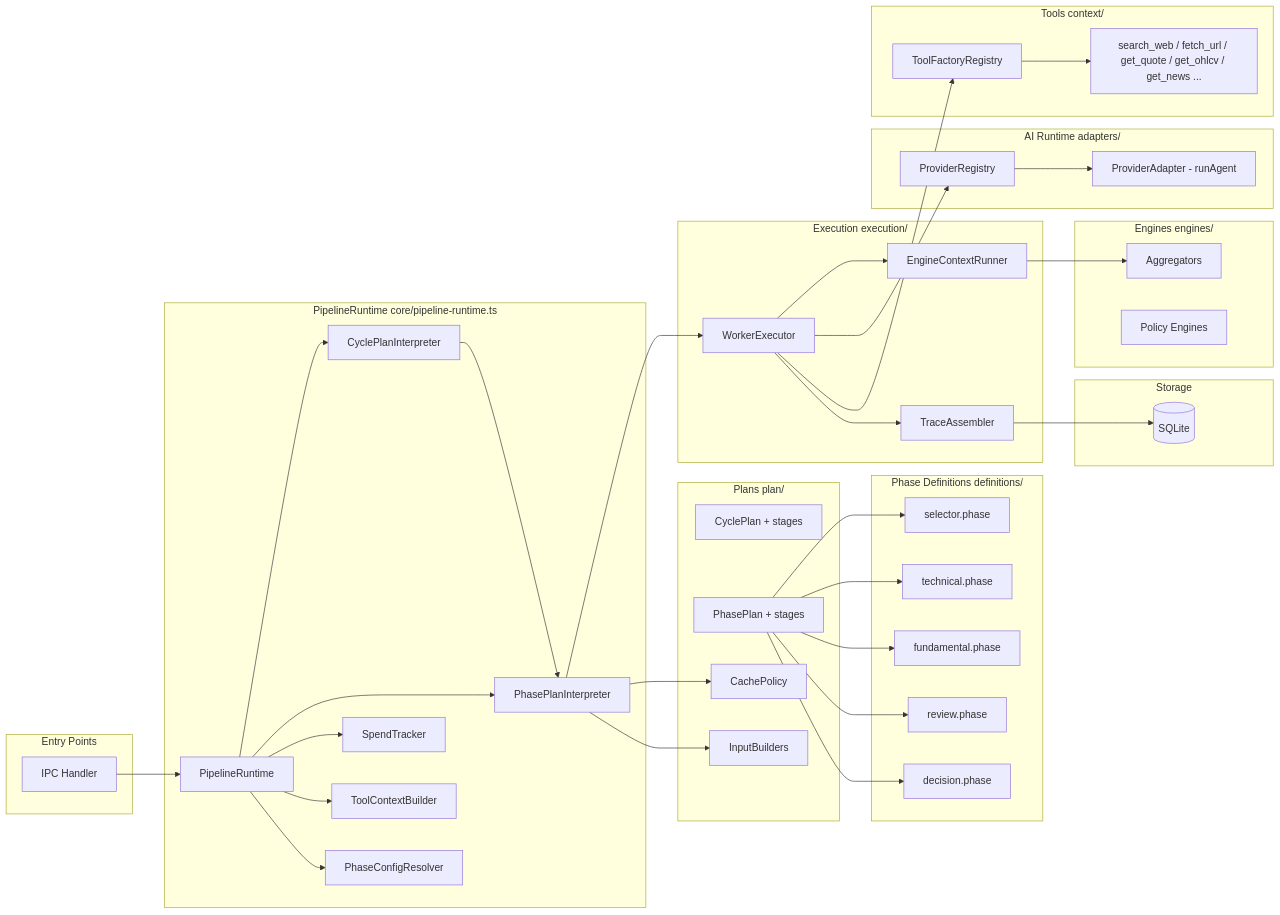
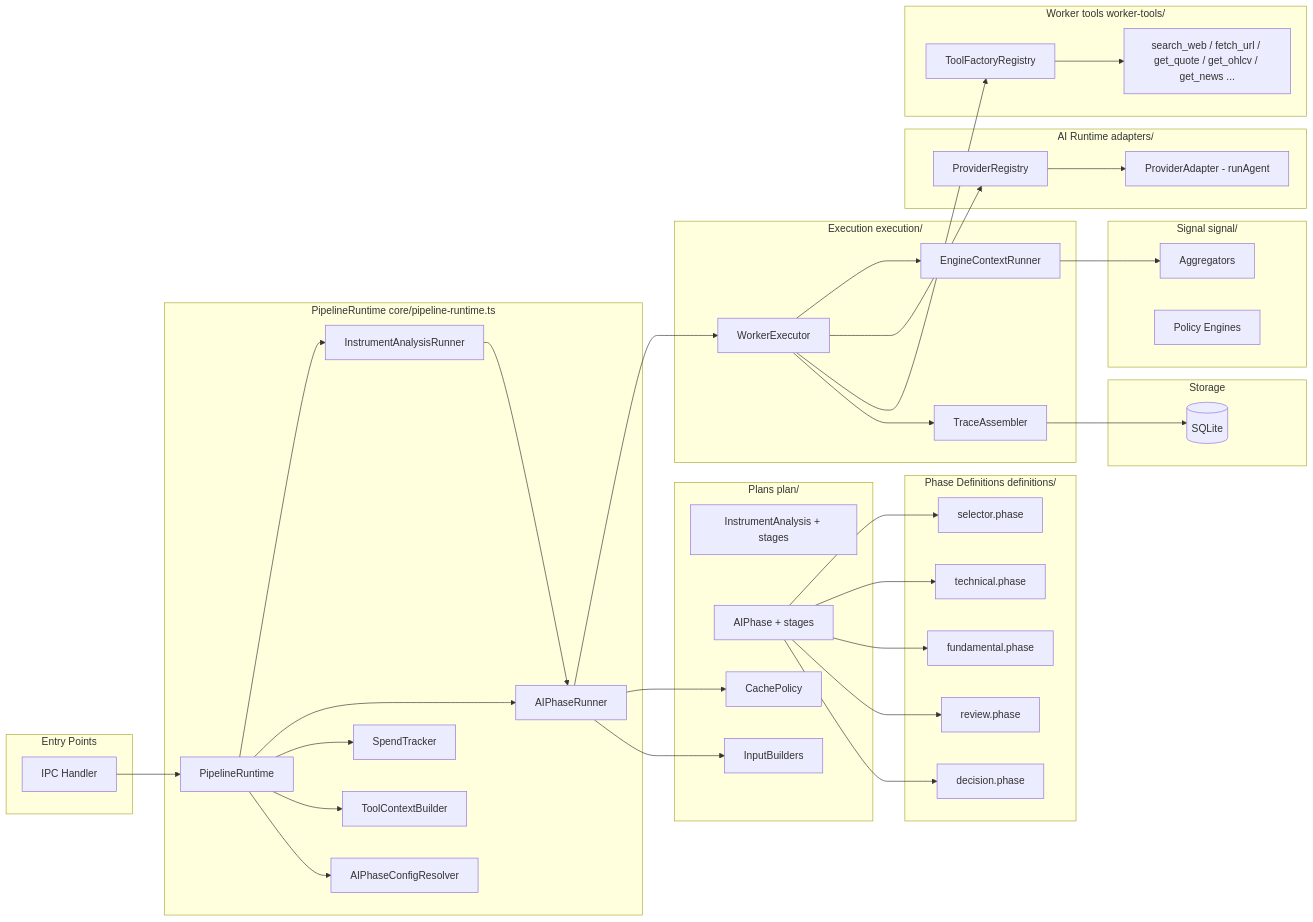
The second of 10 diagrams in docs/architecture/pipeline-runtime.md (KennethAtchon/Exva), drawn with Mermaid before and after one commit. The commit also changed other lines of this file and 206 other files, not shown here.

````diff
--- a/docs/architecture/pipeline-runtime.md
+++ b/docs/architecture/pipeline-runtime.md
@@ -98,79 +98,79 @@
 ```mermaid
 graph LR
     subgraph "Entry Points"
         IPC[IPC Handler]
     end
 
     subgraph "PipelineRuntime core/pipeline-runtime.ts"
         RTMAIN[PipelineRuntime]
-        CPI[CyclePlanInterpreter]
-        PPI[PhasePlanInterpreter]
+        CPI[InstrumentAnalysisRunner]
+        PPI[AIPhaseRunner]
         SPT[SpendTracker]
         TCB[ToolContextBuilder]
-        PCR[PhaseConfigResolver]
+        PCR[AIPhaseConfigResolver]
     end
 
     subgraph "Execution execution/"
         WE[WorkerExecutor]
         ENG[EngineContextRunner]
         TA[TraceAssembler]
     end
 
     subgraph "Plans plan/"
-        CP[CyclePlan + stages]
-        PP[PhasePlan + stages]
+        CP[InstrumentAnalysis + stages]
+        PP[AIPhase + stages]
         CACHE[CachePolicy]
         IB[InputBuilders]
     end
 
     subgraph "Phase Definitions definitions/"
         SEL[selector.phase]
         TECH[technical.phase]
         FUND[fundamental.phase]
         REV[review.phase]
         DEC[decision.phase]
     end
 
     subgraph "AI Runtime adapters/"
         PROV[ProviderRegistry]
         ADA[ProviderAdapter - runAgent]
     end
 
-    subgraph "Tools context/"
+    subgraph "Worker tools worker-tools/"
         TFR[ToolFactoryRegistry]
         TOOLS[search_web / fetch_url / get_quote / get_ohlcv / get_news ...]
     end
 
-    subgraph "Engines engines/"
+    subgraph "Signal signal/"
         AGGR[Aggregators]
         PENG[Policy Engines]
     end
 
     subgraph "Storage"
         DB[(SQLite)]
     end
 
     IPC --> RTMAIN
     RTMAIN --> CPI
     RTMAIN --> PPI
     RTMAIN --> SPT
     RTMAIN --> TCB
     RTMAIN --> PCR
     CPI --> PPI
     PPI --> WE
     PPI --> CACHE
     PPI --> IB
     WE --> ENG
     WE --> PROV
     WE --> TFR
     WE --> TA
     PROV --> ADA
     TFR --> TOOLS
     ENG --> AGGR
     TA --> DB
     PP --> SEL
     PP --> TECH
     PP --> FUND
     PP --> REV
     PP --> DEC
 ```
````
